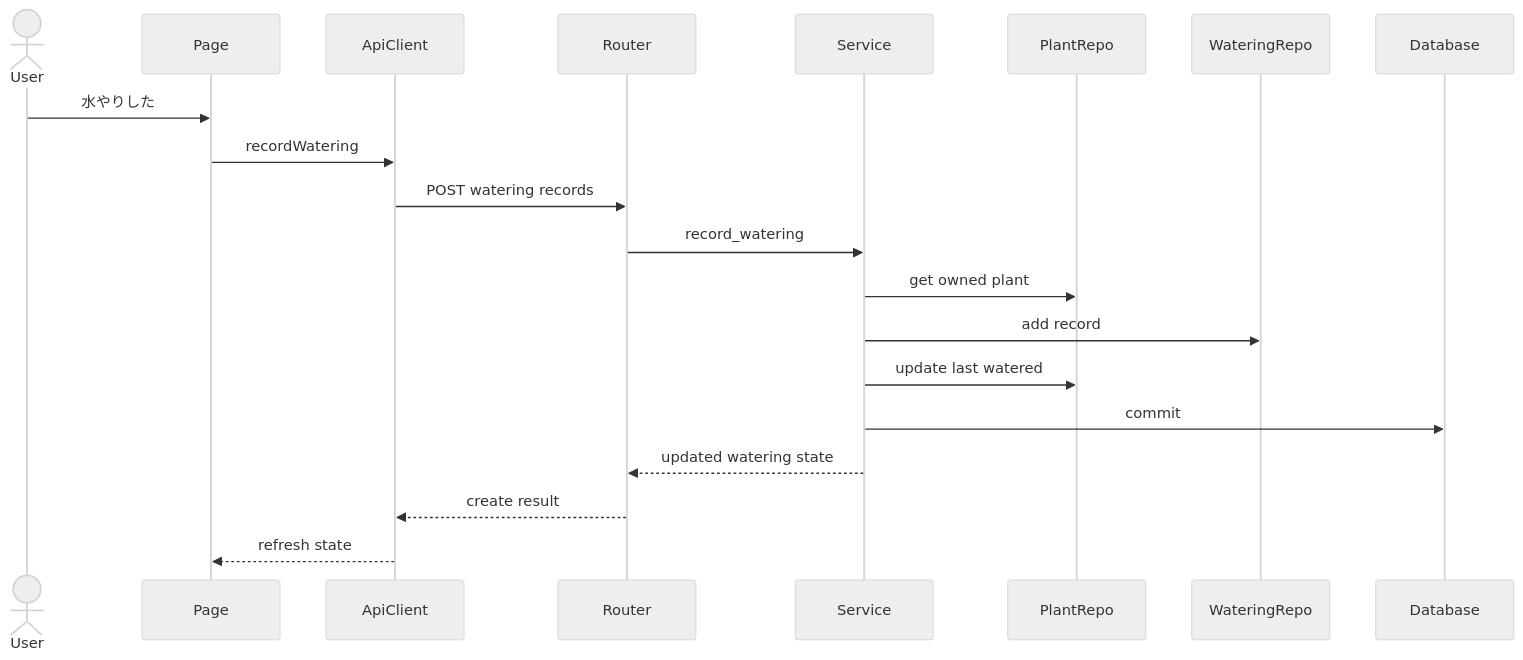
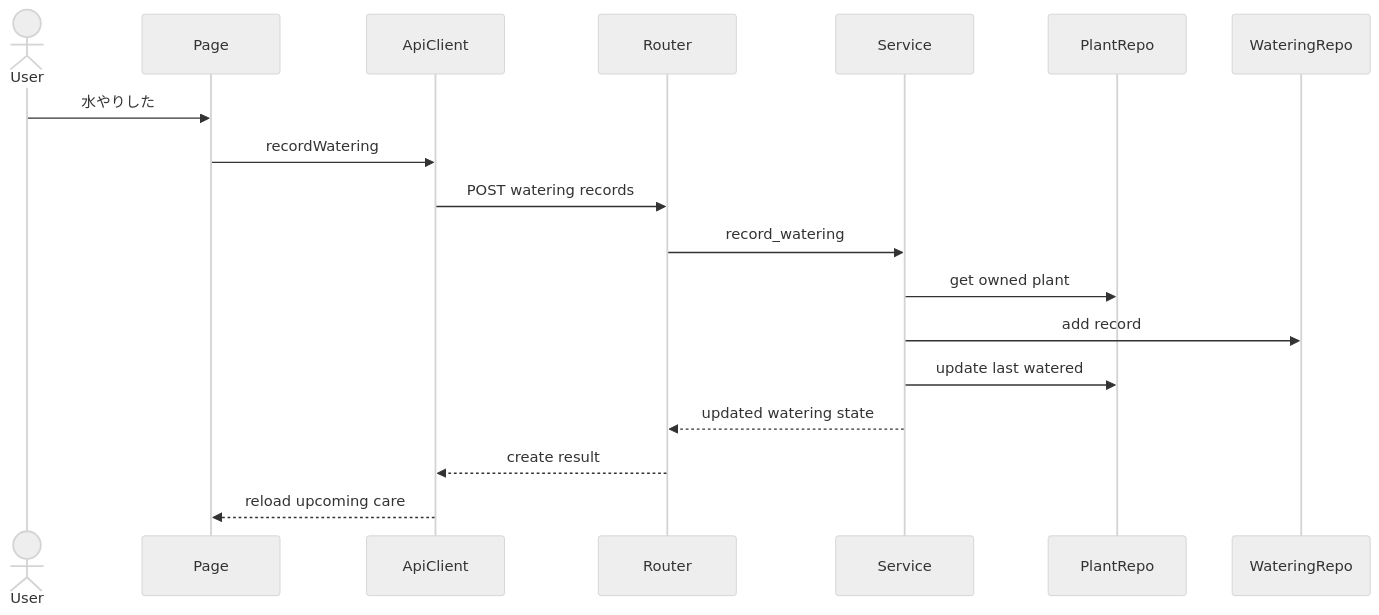
Before and after one commit to atoook/green-log: the third of 3 diagrams in .kiro/specs/plant-watering-care/design.md, drawn with Mermaid (neutral theme). The commit also changed other lines of this file and 2 other files, not shown here.

Commit message:
execute /kiro-spec-design plant-watering-care -y

````diff
--- a/.kiro/specs/plant-watering-care/design.md
+++ b/.kiro/specs/plant-watering-care/design.md
@@ -200,22 +164,20 @@
 ```mermaid
 sequenceDiagram
     actor User
     participant Page
     participant ApiClient
     participant Router
     participant Service
     participant PlantRepo
     participant WateringRepo
-    participant Database
     User->>Page: 水やりした
     Page->>ApiClient: recordWatering
     ApiClient->>Router: POST watering records
     Router->>Service: record_watering
     Service->>PlantRepo: get owned plant
     Service->>WateringRepo: add record
     Service->>PlantRepo: update last watered
-    Service->>Database: commit
     Service-->>Router: updated watering state
     Router-->>ApiClient: create result
-    ApiClient-->>Page: refresh state
+    ApiClient-->>Page: reload upcoming care
 ```
````
